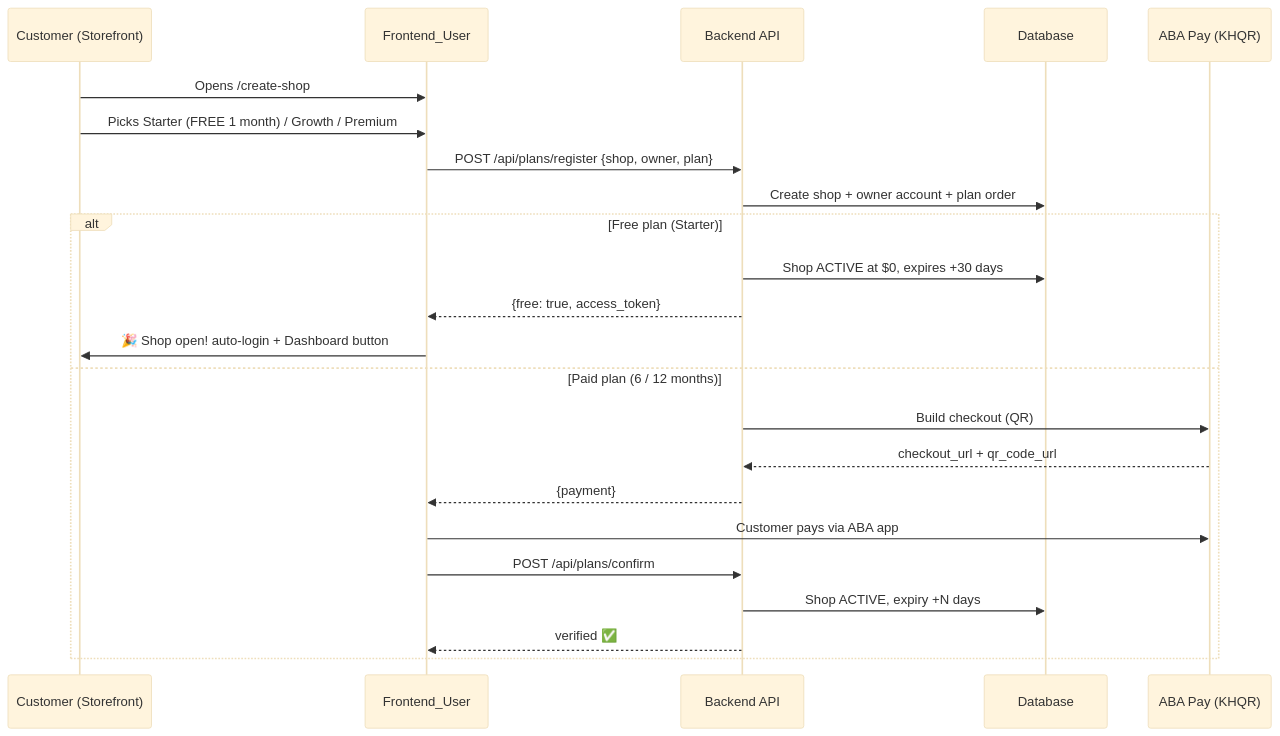
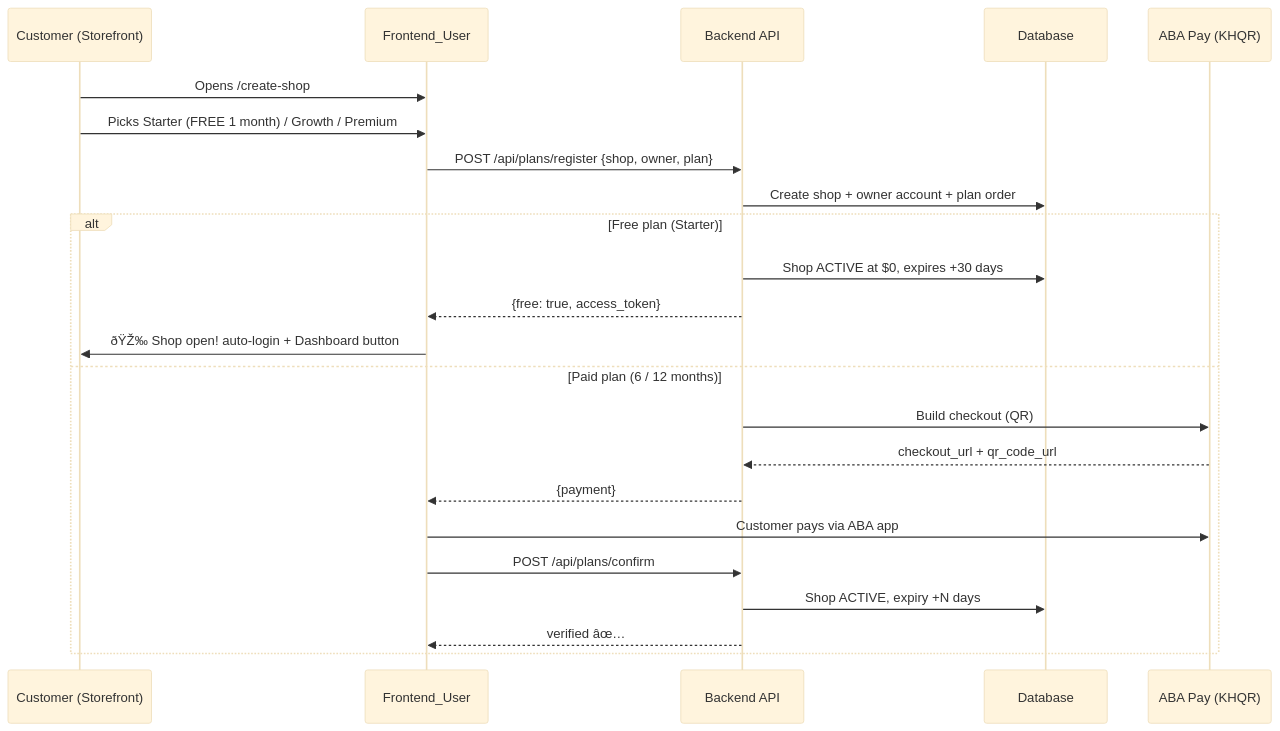
The third of 7 diagrams in README.md (ThyMuoyhak/MiniShopCambodia-FullStackWeb), drawn with Mermaid (base theme) before and after one commit. The commit also changed other lines of this file, not shown here.

Commit message:
README: full data model (all entities/fields) + Telegram & mobile core flows

````diff
--- a/README.md
+++ b/README.md
@@ -279,26 +337,26 @@
 ```mermaid
 sequenceDiagram
     participant U as Customer (Storefront)
     participant F as Frontend_User
     participant A as Backend API
     participant DB as Database
     participant ABA as ABA Pay (KHQR)
 
     U->>F: Opens /create-shop
     U->>F: Picks Starter (FREE 1 month) / Growth / Premium
     F->>A: POST /api/plans/register {shop, owner, plan}
     A->>DB: Create shop + owner account + plan order
     alt Free plan (Starter)
         A->>DB: Shop ACTIVE at $0, expires +30 days
         A-->>F: {free: true, access_token}
-        F->>U: 🎉 Shop open! auto-login + Dashboard button
+        F->>U: ðŸŽ‰ Shop open! auto-login + Dashboard button
     else Paid plan (6 / 12 months)
         A->>ABA: Build checkout (QR)
         ABA-->>A: checkout_url + qr_code_url
         A-->>F: {payment}
         F->>ABA: Customer pays via ABA app
         F->>A: POST /api/plans/confirm
         A->>DB: Shop ACTIVE, expiry +N days
-        A-->>F: verified ✅
+        A-->>F: verified âœ…
     end
 ```
````
